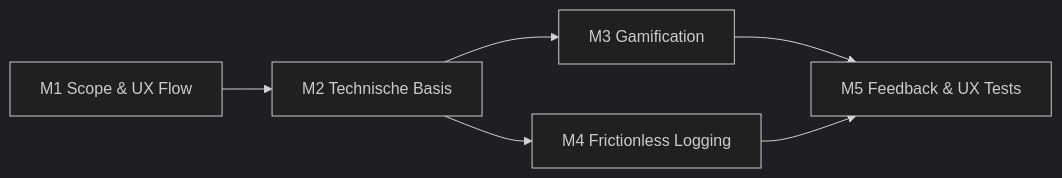
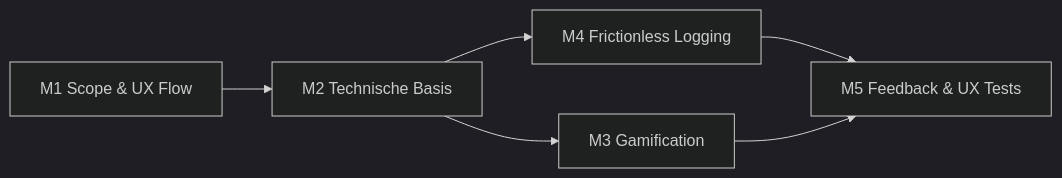
Before and after one commit to faetschi/KANTN: the diagram in docs/ixd_requirements.md, drawn with Mermaid (dark theme). The commit also changed other lines of this file, not shown here.

Commit message:
fix: correct milestone numbering and update flowchart references in IXD requirements

````diff
--- a/docs/ixd_requirements.md
+++ b/docs/ixd_requirements.md
@@ -37,8 +37,8 @@
 ```mermaid
 flowchart LR
   M1["M1 Scope & UX Flow"] --> M2["M2 Technische Basis"]
-  M2 --> M3["M3 Gamification"]
-  M2 --> M4["M4 Frictionless Logging"]
+  M2 --> M3["M4 Frictionless Logging"]
+  M2 --> M4["M3 Gamification"]
   M3 --> M5["M5 Feedback & UX Tests"]
   M4 --> M5
 ```
````
